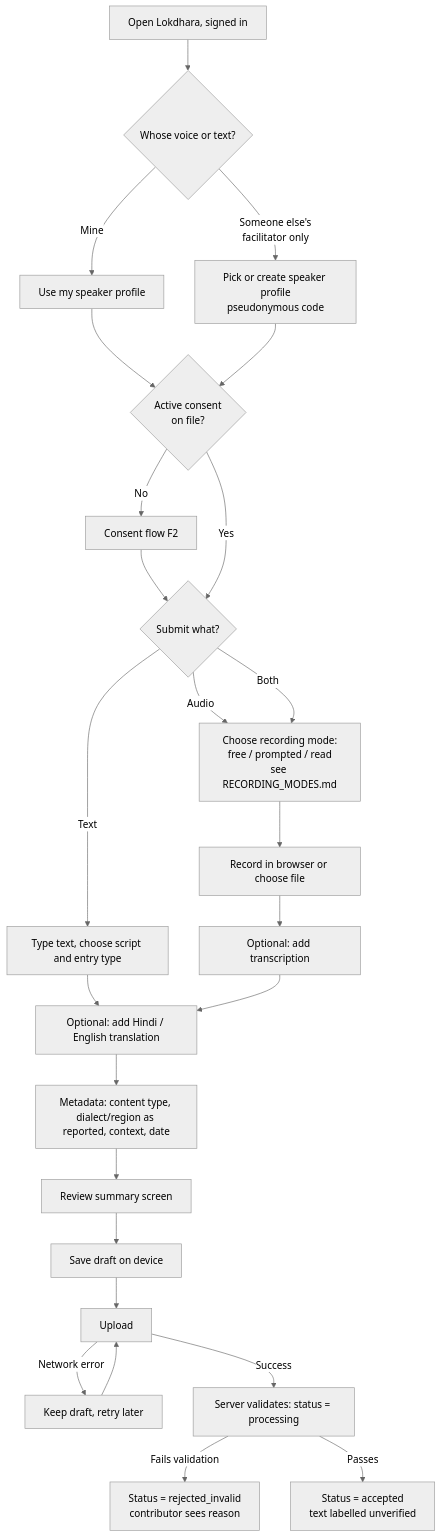
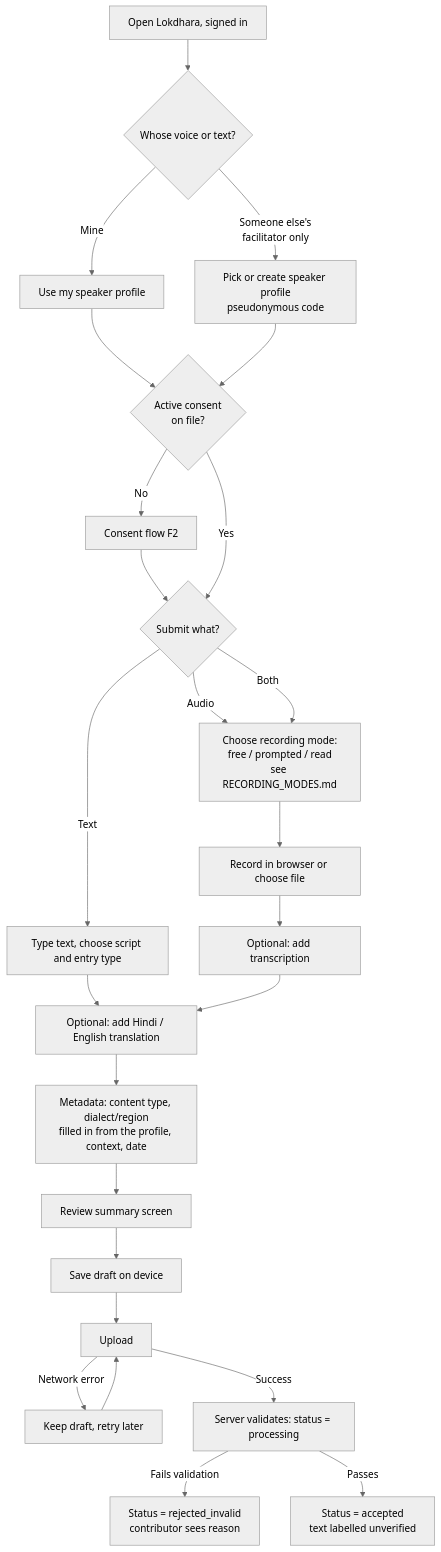
Before and after one commit to AyushSoni3398/lokdhara: the second of 6 diagrams in docs/USER_FLOWS.md, drawn with Mermaid (neutral theme). The commit also changed other lines of this file, not shown here.

Commit message:
docs: add the sign-up and profile flow

````diff
--- a/docs/USER_FLOWS.md
+++ b/docs/USER_FLOWS.md
@@ -7,26 +26,26 @@
 ```mermaid
 flowchart TD
     A[Open Lokdhara, signed in] --> B{Whose voice or text?}
     B -->|Mine| C[Use my speaker profile]
     B -->|Someone else's<br/>facilitator only| D[Pick or create speaker profile<br/>pseudonymous code]
     C --> E{Active consent<br/>on file?}
     D --> E
     E -->|No| F[Consent flow F2]
     F --> G
     E -->|Yes| G{Submit what?}
     G -->|Audio| H0[Choose recording mode:<br/>free / prompted / read<br/>see RECORDING_MODES.md] --> H[Record in browser or choose file]
     G -->|Text| I[Type text, choose script and entry type]
     G -->|Both| H0
     H --> J[Optional: add transcription]
     I --> K[Optional: add Hindi / English translation]
     J --> K
-    K --> L[Metadata: content type, dialect/region as reported, context, date]
+    K --> L[Metadata: content type, dialect/region<br/>filled in from the profile, context, date]
     L --> M[Review summary screen]
     M --> N[Save draft on device]
     N --> O[Upload]
     O -->|Network error| P[Keep draft, retry later]
     P --> O
     O -->|Success| Q[Server validates: status = processing]
     Q -->|Fails validation| R[Status = rejected_invalid<br/>contributor sees reason]
     Q -->|Passes| S[Status = accepted<br/>text labelled unverified]
 ```
````
